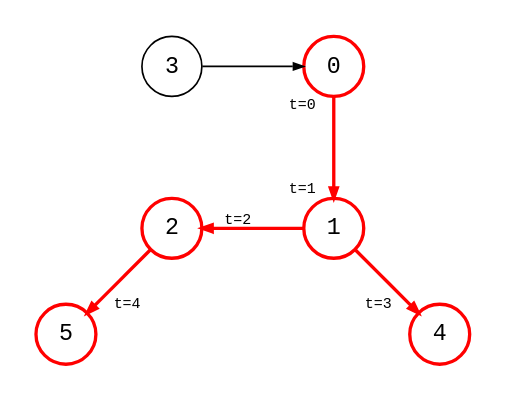
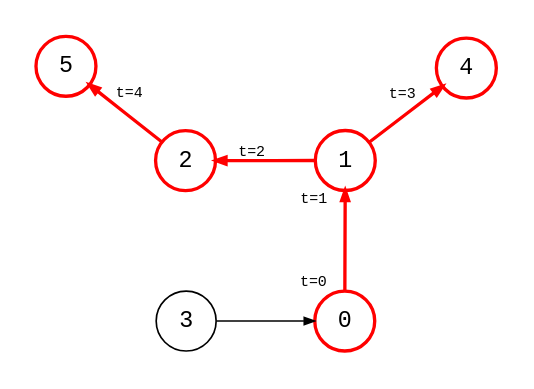
Before and after one commit to bsdrks/graaf-images: the diagram in src/bfs_1.dot, drawn with Graphviz. The commit also changed 69 other files, not shown here.

```diff
--- a/src/bfs_1.dot
+++ b/src/bfs_1.dot
@@ -1,19 +1,21 @@
 digraph {
     node [shape=circle, fontname="monospace"];
     edge [arrowsize=0.6, fontname="monospace", fontsize=9];
-    layout=circo;
-    scale=1.0;
+    layout=neato;
+    scale=1.2;
+    mode="sgd";
+    maxiter=100000;
     normalize=true;
     pad=0.2;
     splines=line
 
     3 [color="#bbb", fontcolor="#bbb"];
     0, 1, 2, 4, 5 [style=bold, color=red];
 
     0 -> 1 [style=bold, color=red, headlabel="t=1  ", taillabel="t=0  "];
     3 -> 0 [color="#bbb"];
     1 -> 2 [style=bold, color=red, headlabel="   t=2"];
     2 -> 3 [style=invis];
     1 -> 4 [style=bold, color=red, headlabel="t=3   "];
     2 -> 5 [style=bold, color=red, headlabel="   t=4 "];
 }
```
